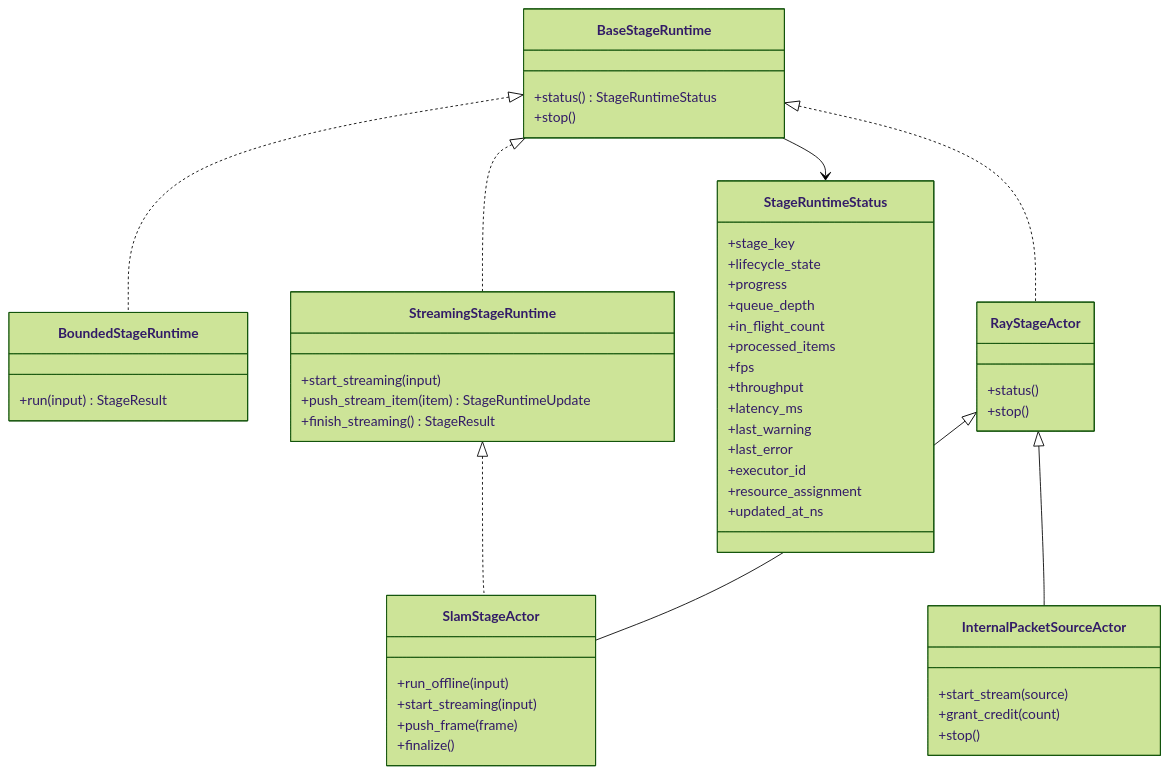
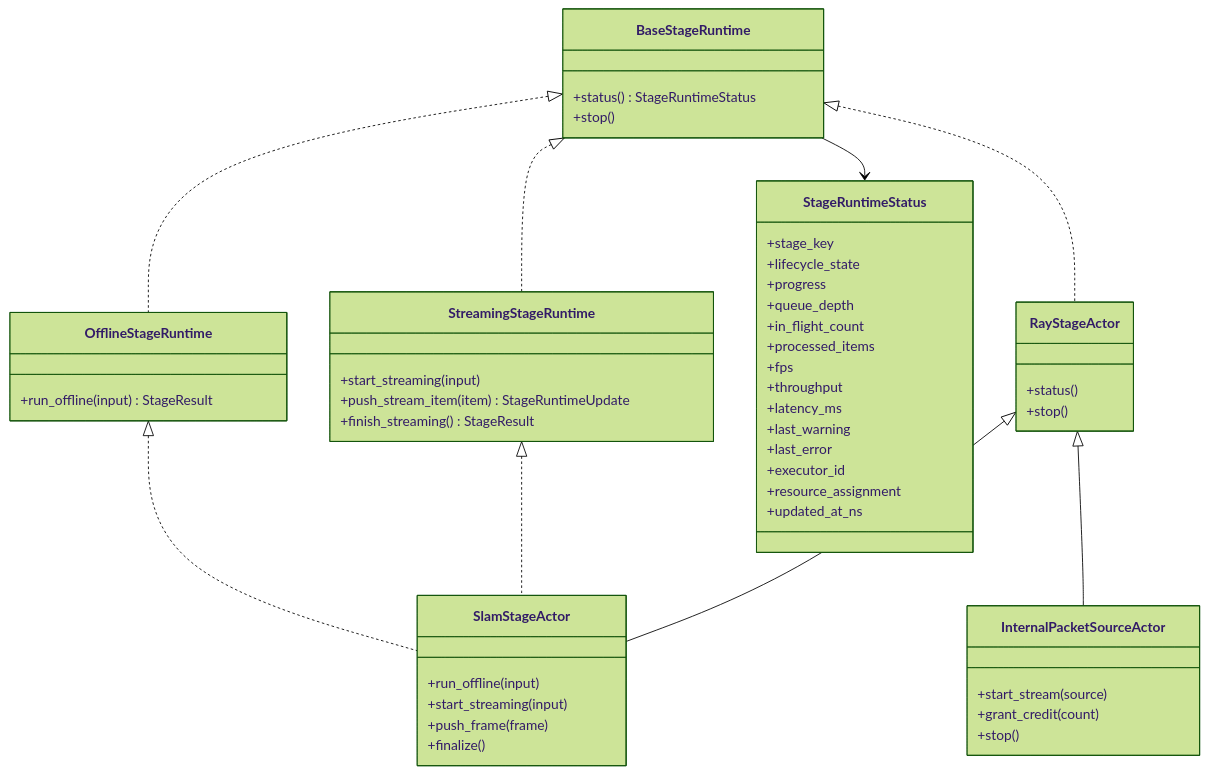
One commit to JanDuchscherer104/prml-vslam changed the fifth of 13 diagrams in docs/architecture/pipeline-stage-refactor-target.md. Above: the diagram before and after it, drawn with Mermaid (forest theme). The commit also changed other lines of this file and 1 other file, not shown here.

````diff
--- a/docs/architecture/pipeline-stage-refactor-target.md
+++ b/docs/architecture/pipeline-stage-refactor-target.md
@@ -541,60 +501,61 @@
 ```mermaid
 classDiagram
     class BaseStageRuntime {
         +status() StageRuntimeStatus
         +stop()
     }
 
-    class BoundedStageRuntime {
-        +run(input) StageResult
+    class OfflineStageRuntime {
+        +run_offline(input) StageResult
     }
 
     class StreamingStageRuntime {
         +start_streaming(input)
         +push_stream_item(item) StageRuntimeUpdate
         +finish_streaming() StageResult
     }
 
     class StageRuntimeStatus {
         +stage_key
         +lifecycle_state
         +progress
         +queue_depth
         +in_flight_count
         +processed_items
         +fps
         +throughput
         +latency_ms
         +last_warning
         +last_error
         +executor_id
         +resource_assignment
         +updated_at_ns
     }
 
     class RayStageActor {
         +status()
         +stop()
     }
 
     class SlamStageActor {
         +run_offline(input)
         +start_streaming(input)
         +push_frame(frame)
         +finalize()
     }
 
     class InternalPacketSourceActor {
         +start_stream(source)
         +grant_credit(count)
         +stop()
     }
 
-    BaseStageRuntime <|.. BoundedStageRuntime
+    BaseStageRuntime <|.. OfflineStageRuntime
     BaseStageRuntime <|.. StreamingStageRuntime
     BaseStageRuntime <|.. RayStageActor
+    OfflineStageRuntime <|.. SlamStageActor
     StreamingStageRuntime <|.. SlamStageActor
     RayStageActor <|-- SlamStageActor
     RayStageActor <|-- InternalPacketSourceActor
     BaseStageRuntime --> StageRuntimeStatus
 ```
````
